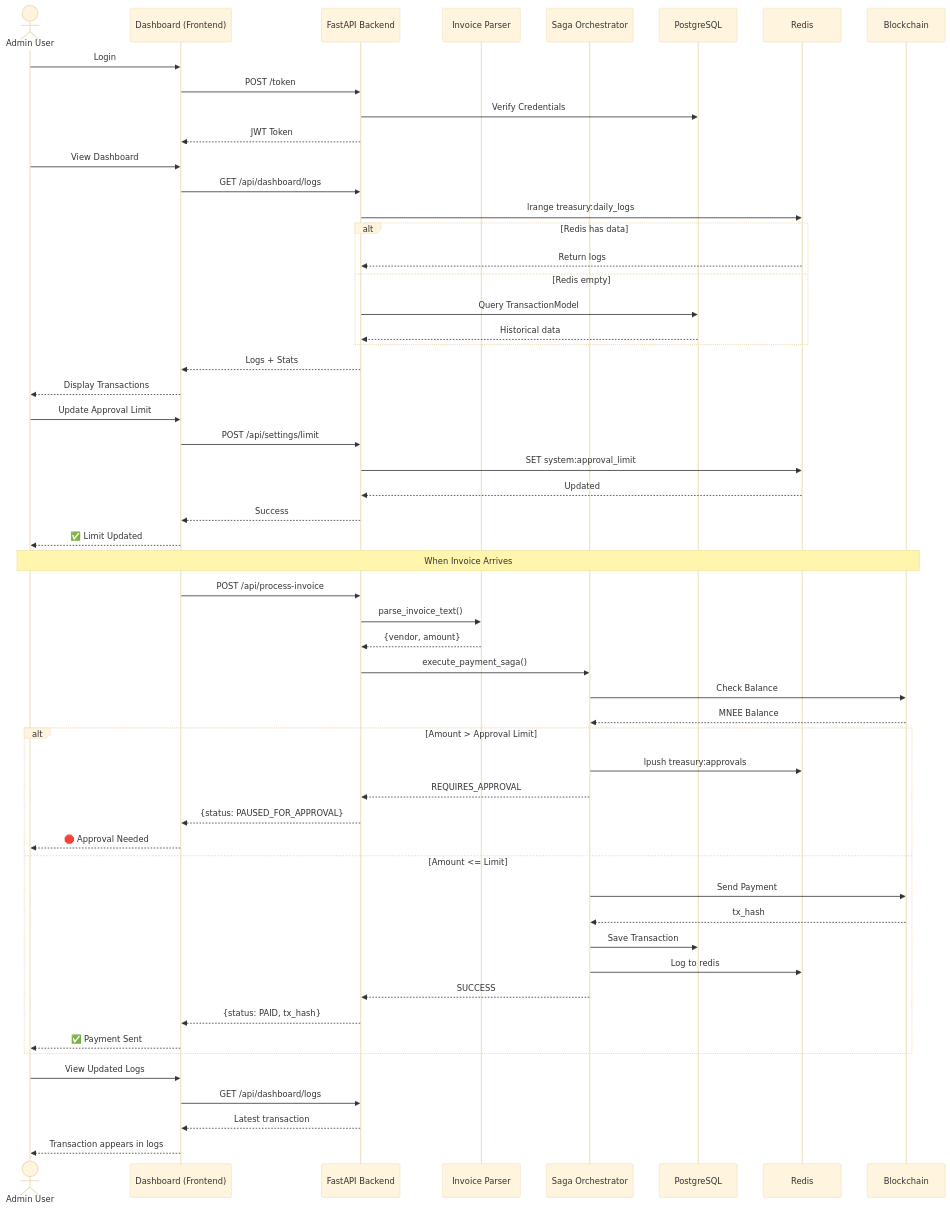
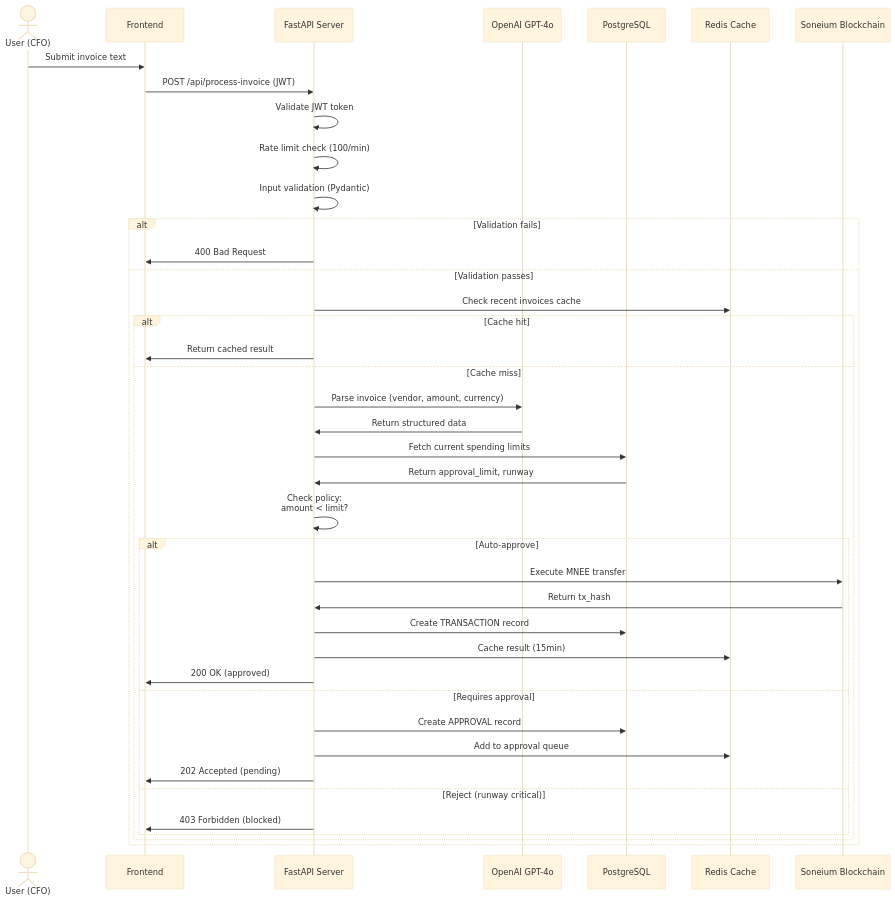
The second of 3 diagrams in ARCHITECTURE.md (nirajmind/autonomous-treasurer), drawn with Mermaid (base theme) before and after one commit. The commit also changed other lines of this file and 43 other files, not shown here.

Commit message:
Improved architecture with a high score of 9.5/10 by adding observability security scalability and many more

````diff
--- a/ARCHITECTURE.md
+++ b/ARCHITECTURE.md
@@ -65,65 +429,49 @@
 ```mermaid
 sequenceDiagram
-    actor Admin as Admin User
-    participant FE as Dashboard (Frontend)
-    participant API as FastAPI Backend
-    participant Parser as Invoice Parser
-    participant Saga as Saga Orchestrator
+    actor User as User (CFO)
+    participant Client as Frontend
+    participant API as FastAPI Server
+    participant LLM as OpenAI GPT-4o
     participant DB as PostgreSQL
-    participant Cache as Redis
-    participant BC as Blockchain
-
-    Admin->>FE: Login
-    FE->>API: POST /token
-    API->>DB: Verify Credentials
-    API-->>FE: JWT Token
+    participant Redis as Redis Cache
+    participant Blockchain as Soneium Blockchain
     
-    Admin->>FE: View Dashboard
-    FE->>API: GET /api/dashboard/logs
-    API->>Cache: lrange treasury:daily_logs
-    alt Redis has data
-        Cache-->>API: Return logs
-    else Redis empty
-        API->>DB: Query TransactionModel
-        DB-->>API: Historical data
+    User->>Client: Submit invoice text
+    Client->>API: POST /api/process-invoice (JWT)
+    
+    API->>API: Validate JWT token
+    API->>API: Rate limit check (100/min)
+    API->>API: Input validation (Pydantic)
+    
+    alt Validation fails
+        API->>Client: 400 Bad Request
+    else Validation passes
+        API->>Redis: Check recent invoices cache
+        
+        alt Cache hit
+            API->>Client: Return cached result
+        else Cache miss
+            API->>LLM: Parse invoice (vendor, amount, currency)
+            LLM->>API: Return structured data
+            
+            API->>DB: Fetch current spending limits
+            DB->>API: Return approval_limit, runway
+            
+            API->>API: Check policy:<br/>amount < limit?
+            
+            alt Auto-approve
+                API->>Blockchain: Execute MNEE transfer
+                Blockchain->>API: Return tx_hash
+                API->>DB: Create TRANSACTION record
+                API->>Redis: Cache result (15min)
+                API->>Client: 200 OK (approved)
+            else Requires approval
+                API->>DB: Create APPROVAL record
+                API->>Redis: Add to approval queue
+                API->>Client: 202 Accepted (pending)
+            else Reject (runway critical)
+                API->>Client: 403 Forbidden (blocked)
+            end
+        end
     end
-    API-->>FE: Logs + Stats
-    FE-->>Admin: Display Transactions
-
-    Admin->>FE: Update Approval Limit
-    FE->>API: POST /api/settings/limit
-    API->>Cache: SET system:approval_limit
-    Cache-->>API: Updated
-    API-->>FE: Success
-    FE-->>Admin: ✅ Limit Updated
-
-    Note over Admin,BC: When Invoice Arrives
-    
-    FE->>API: POST /api/process-invoice
-    API->>Parser: parse_invoice_text()
-    Parser-->>API: {vendor, amount}
-    
-    API->>Saga: execute_payment_saga()
-    Saga->>BC: Check Balance
-    BC-->>Saga: MNEE Balance
-    
-    alt Amount > Approval Limit
-        Saga->>Cache: lpush treasury:approvals
-        Saga-->>API: REQUIRES_APPROVAL
-        API-->>FE: {status: PAUSED_FOR_APPROVAL}
-        FE-->>Admin: 🛑 Approval Needed
-    else Amount <= Limit
-        Saga->>BC: Send Payment
-        BC-->>Saga: tx_hash
-        Saga->>DB: Save Transaction
-        Saga->>Cache: Log to redis
-        Saga-->>API: SUCCESS
-        API-->>FE: {status: PAID, tx_hash}
-        FE-->>Admin: ✅ Payment Sent
-    end
-    
-    Admin->>FE: View Updated Logs
-    FE->>API: GET /api/dashboard/logs
-    API-->>FE: Latest transaction
-    FE-->>Admin: Transaction appears in logs
 ```
````
